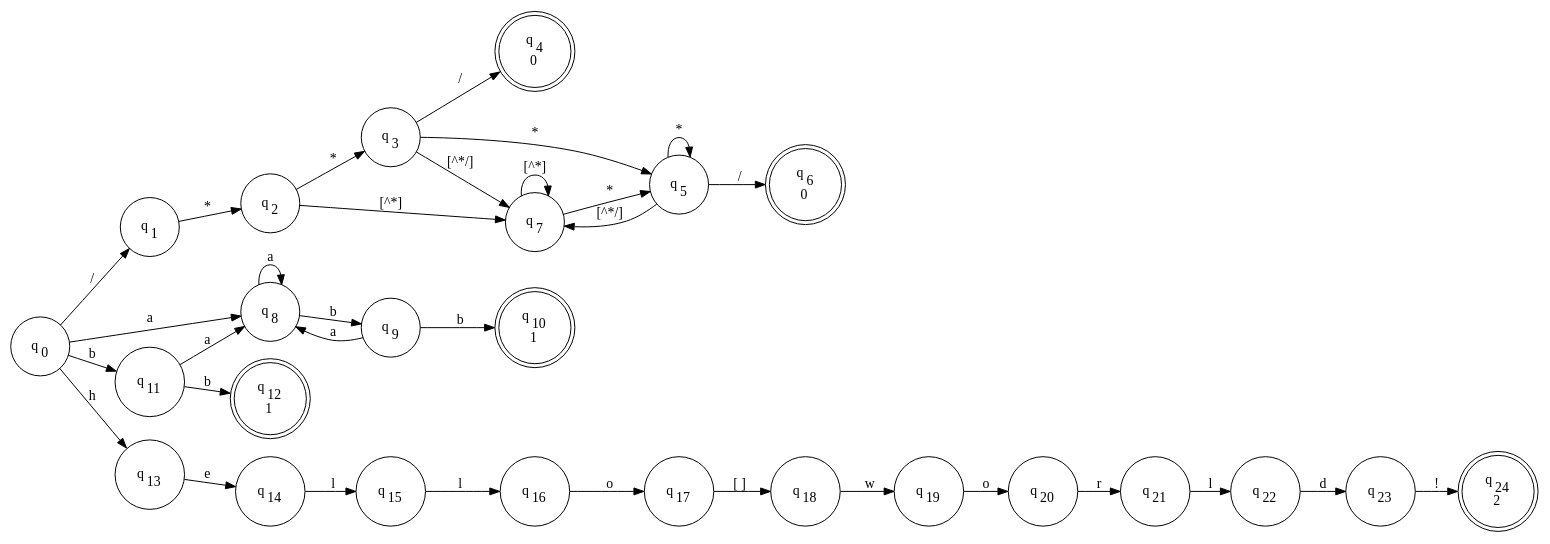
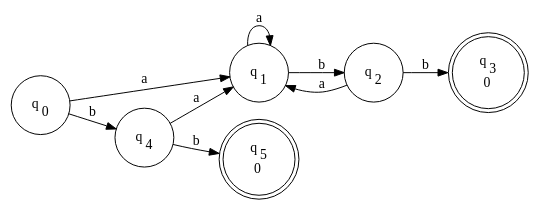
One commit to codewitch-honey-crisis/TestFA changed the diagram in TestFA/dfa.dot. Above: the diagram before and after it, drawn with Graphviz. The commit also changed 3 other files, not shown here.

```diff
--- a/TestFA/dfa.dot
+++ b/TestFA/dfa.dot
@@ -1,62 +1,19 @@
 digraph FA {
 rankdir=LR
 node [shape=circle]
-q0->q1 [label="/"]
-q0->q8 [label="a"]
-q0->q11 [label="b"]
-q0->q13 [label="h"]
-q1->q2 [label="*"]
-q2->q3 [label="*"]
-q2->q7 [label="[^*]"]
-q3->q4 [label="/"]
-q3->q5 [label="*"]
-q3->q7 [label="[^*/]"]
-q5->q6 [label="/"]
-q5->q5 [label="*"]
-q5->q7 [label="[^*/]"]
-q7->q5 [label="*"]
-q7->q7 [label="[^*]"]
-q8->q9 [label="b"]
-q8->q8 [label="a"]
-q9->q10 [label="b"]
-q9->q8 [label="a"]
-q11->q12 [label="b"]
-q11->q8 [label="a"]
-q13->q14 [label="e"]
-q14->q15 [label="l"]
-q15->q16 [label="l"]
-q16->q17 [label="o"]
-q17->q18 [label="[ ]"]
-q18->q19 [label="w"]
-q19->q20 [label="o"]
-q20->q21 [label="r"]
-q21->q22 [label="l"]
-q22->q23 [label="d"]
-q23->q24 [label="!"]
+q0->q1 [label="a"]
+q0->q4 [label="b"]
+q1->q2 [label="b"]
+q1->q1 [label="a"]
+q2->q3 [label="b"]
+q2->q1 [label="a"]
+q4->q5 [label="b"]
+q4->q1 [label="a"]
 q0 [label=<<TABLE BORDER="0"><TR><TD>q<SUB>0</SUB></TD></TR></TABLE>>]
 q1 [label=<<TABLE BORDER="0"><TR><TD>q<SUB>1</SUB></TD></TR></TABLE>>]
 q2 [label=<<TABLE BORDER="0"><TR><TD>q<SUB>2</SUB></TD></TR></TABLE>>]
-q3 [label=<<TABLE BORDER="0"><TR><TD>q<SUB>3</SUB></TD></TR></TABLE>>]
-q4 [label=<<TABLE BORDER="0"><TR><TD>q<SUB>4</SUB></TD></TR><TR><TD>0</TD></TR></TABLE>>,shape=doublecircle]
-q5 [label=<<TABLE BORDER="0"><TR><TD>q<SUB>5</SUB></TD></TR></TABLE>>]
-q6 [label=<<TABLE BORDER="0"><TR><TD>q<SUB>6</SUB></TD></TR><TR><TD>0</TD></TR></TABLE>>,shape=doublecircle]
-q7 [label=<<TABLE BORDER="0"><TR><TD>q<SUB>7</SUB></TD></TR></TABLE>>]
-q8 [label=<<TABLE BORDER="0"><TR><TD>q<SUB>8</SUB></TD></TR></TABLE>>]
-q9 [label=<<TABLE BORDER="0"><TR><TD>q<SUB>9</SUB></TD></TR></TABLE>>]
-q10 [label=<<TABLE BORDER="0"><TR><TD>q<SUB>10</SUB></TD></TR><TR><TD>1</TD></TR></TABLE>>,shape=doublecircle]
-q11 [label=<<TABLE BORDER="0"><TR><TD>q<SUB>11</SUB></TD></TR></TABLE>>]
-q12 [label=<<TABLE BORDER="0"><TR><TD>q<SUB>12</SUB></TD></TR><TR><TD>1</TD></TR></TABLE>>,shape=doublecircle]
-q13 [label=<<TABLE BORDER="0"><TR><TD>q<SUB>13</SUB></TD></TR></TABLE>>]
-q14 [label=<<TABLE BORDER="0"><TR><TD>q<SUB>14</SUB></TD></TR></TABLE>>]
-q15 [label=<<TABLE BORDER="0"><TR><TD>q<SUB>15</SUB></TD></TR></TABLE>>]
-q16 [label=<<TABLE BORDER="0"><TR><TD>q<SUB>16</SUB></TD></TR></TABLE>>]
-q17 [label=<<TABLE BORDER="0"><TR><TD>q<SUB>17</SUB></TD></TR></TABLE>>]
-q18 [label=<<TABLE BORDER="0"><TR><TD>q<SUB>18</SUB></TD></TR></TABLE>>]
-q19 [label=<<TABLE BORDER="0"><TR><TD>q<SUB>19</SUB></TD></TR></TABLE>>]
-q20 [label=<<TABLE BORDER="0"><TR><TD>q<SUB>20</SUB></TD></TR></TABLE>>]
-q21 [label=<<TABLE BORDER="0"><TR><TD>q<SUB>21</SUB></TD></TR></TABLE>>]
-q22 [label=<<TABLE BORDER="0"><TR><TD>q<SUB>22</SUB></TD></TR></TABLE>>]
-q23 [label=<<TABLE BORDER="0"><TR><TD>q<SUB>23</SUB></TD></TR></TABLE>>]
-q24 [label=<<TABLE BORDER="0"><TR><TD>q<SUB>24</SUB></TD></TR><TR><TD>2</TD></TR></TABLE>>,shape=doublecircle]
-q4,q6,q10,q12,q24 [shape=doublecircle]
+q3 [label=<<TABLE BORDER="0"><TR><TD>q<SUB>3</SUB></TD></TR><TR><TD>0</TD></TR></TABLE>>,shape=doublecircle]
+q4 [label=<<TABLE BORDER="0"><TR><TD>q<SUB>4</SUB></TD></TR></TABLE>>]
+q5 [label=<<TABLE BORDER="0"><TR><TD>q<SUB>5</SUB></TD></TR><TR><TD>0</TD></TR></TABLE>>,shape=doublecircle]
+q3,q5 [shape=doublecircle]
 }
```
